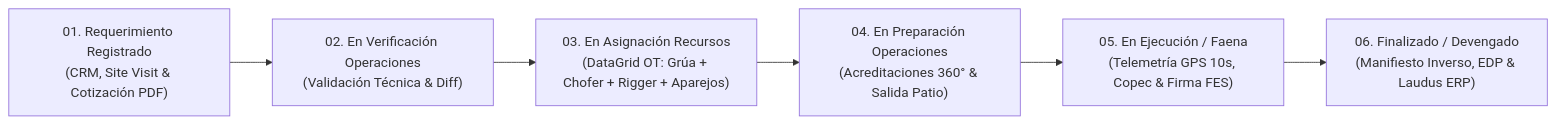
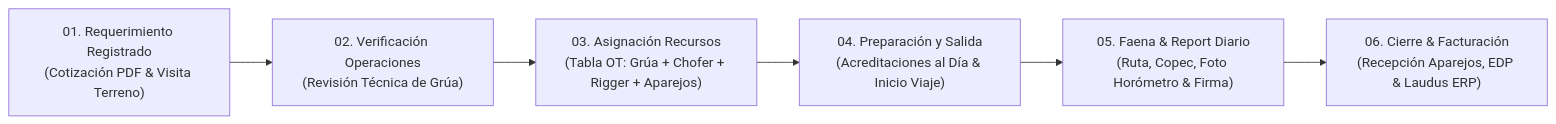
Before and after one commit to sgajardocastro/GSP: the diagram in reuniones/ReuniónPrimerHito/2026-08-27_Presentacion_Primer_Hito_Omar_Reyes.md, drawn with Mermaid. The commit also changed other lines of this file and 2 other files, not shown here.

````diff
--- a/reuniones/ReuniónPrimerHito/2026-08-27_Presentacion_Primer_Hito_Omar_Reyes.md
+++ b/reuniones/ReuniónPrimerHito/2026-08-27_Presentacion_Primer_Hito_Omar_Reyes.md
@@ -22,8 +24,8 @@
 ```mermaid
 graph LR
-    A["01. Requerimiento Registrado<br/>(CRM, Site Visit & Cotización PDF)"] --> B["02. En Verificación Operaciones<br/>(Validación Técnica & Diff)"]
-    B --> C["03. En Asignación Recursos<br/>(DataGrid OT: Grúa + Chofer + Rigger + Aparejos)"]
-    C --> D["04. En Preparación Operaciones<br/>(Acreditaciones 360° & Salida Patio)"]
-    D --> E["05. En Ejecución / Faena<br/>(Telemetría GPS 10s, Copec & Firma FES)"]
-    E --> F["06. Finalizado / Devengado<br/>(Manifiesto Inverso, EDP & Laudus ERP)"]
+    A["01. Requerimiento Registrado<br/>(Cotización PDF & Visita Terreno)"] --> B["02. Verificación Operaciones<br/>(Revisión Técnica de Grúa)"]
+    B --> C["03. Asignación Recursos<br/>(Tabla OT: Grúa + Chofer + Rigger + Aparejos)"]
+    C --> D["04. Preparación y Salida<br/>(Acreditaciones al Día & Inicio Viaje)"]
+    D --> E["05. Faena & Report Diario<br/>(Ruta, Copec, Foto Horómetro & Firma)"]
+    E --> F["06. Cierre & Facturación<br/>(Recepción Aparejos, EDP & Laudus ERP)"]
 ```
````
